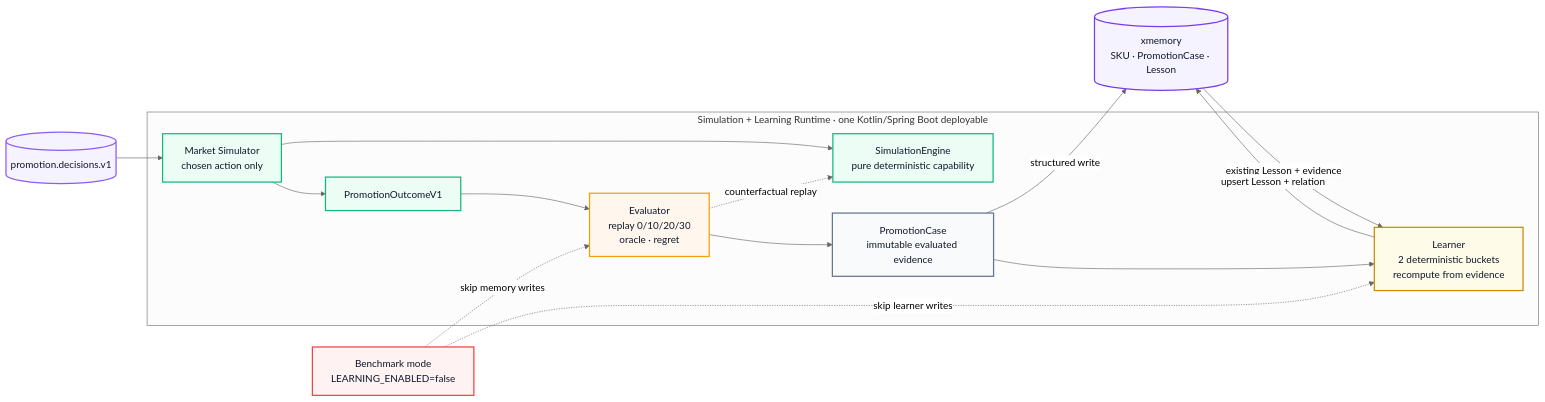
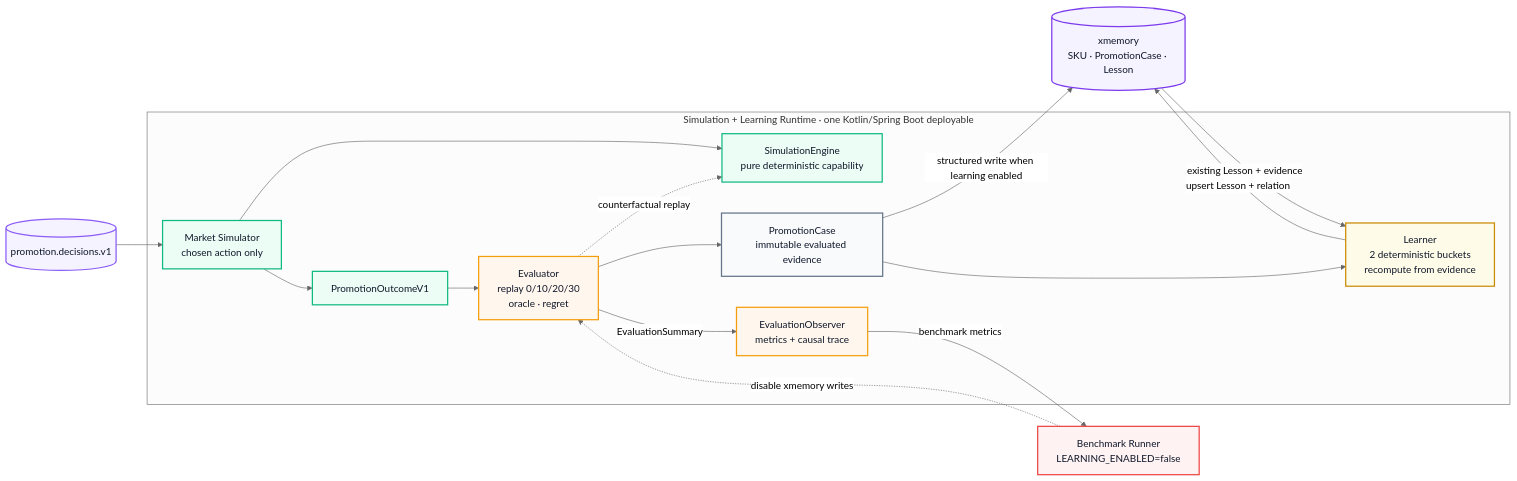
One commit to podlodka-ai-club/snowball changed the diagram in docs/evaluator-learner/architecture.mmd. Above: the diagram before and after it, drawn with Mermaid (neutral theme).

Commit message:
Show benchmark evaluation observer

```diff
--- a/docs/evaluator-learner/architecture.mmd
+++ b/docs/evaluator-learner/architecture.mmd
@@ -1,43 +1,45 @@
 flowchart LR
     K[("promotion.decisions.v1")]
 
     subgraph R["Simulation + Learning Runtime · one Kotlin/Spring Boot deployable"]
         M["Market Simulator\nchosen action only"]
         S["SimulationEngine\npure deterministic capability"]
         O["PromotionOutcomeV1"]
         E["Evaluator\nreplay 0/10/20/30\noracle · regret"]
         C["PromotionCase\nimmutable evaluated evidence"]
         L["Learner\n2 deterministic buckets\nrecompute from evidence"]
+        V["EvaluationObserver\nmetrics + causal trace"]
     end
 
     X[("xmemory\nSKU · PromotionCase · Lesson")]
-    B["Benchmark mode\nLEARNING_ENABLED=false"]
+    B["Benchmark Runner\nLEARNING_ENABLED=false"]
 
     K --> M
     M --> S
     M --> O
     O --> E
     E -. "counterfactual replay" .-> S
     E --> C
-    C -->|"structured write"| X
+    E -->|"EvaluationSummary"| V
+    V -->|"benchmark metrics"| B
+    C -->|"structured write when learning enabled"| X
     C --> L
     X -->|"existing Lesson + evidence"| L
     L -->|"upsert Lesson + relation"| X
-    B -. "skip memory writes" .-> E
-    B -. "skip learner writes" .-> L
+    B -. "disable xmemory writes" .-> E
 
     classDef kafka fill:#f5f3ff,stroke:#8b5cf6,stroke-width:2px,color:#0f172a;
     classDef sim fill:#ecfdf5,stroke:#10b981,stroke-width:2px,color:#0f172a;
     classDef eval fill:#fff7ed,stroke:#f59e0b,stroke-width:2px,color:#0f172a;
     classDef learn fill:#fefce8,stroke:#ca8a04,stroke-width:2px,color:#0f172a;
     classDef memory fill:#f5f3ff,stroke:#7c3aed,stroke-width:2px,color:#0f172a;
     classDef case fill:#f8fafc,stroke:#64748b,stroke-width:2px,color:#0f172a;
     classDef mode fill:#fef2f2,stroke:#ef4444,stroke-width:2px,color:#0f172a;
 
     class K kafka;
     class M,S,O sim;
-    class E eval;
+    class E,V eval;
     class C case;
     class L learn;
     class X memory;
     class B mode;
```
